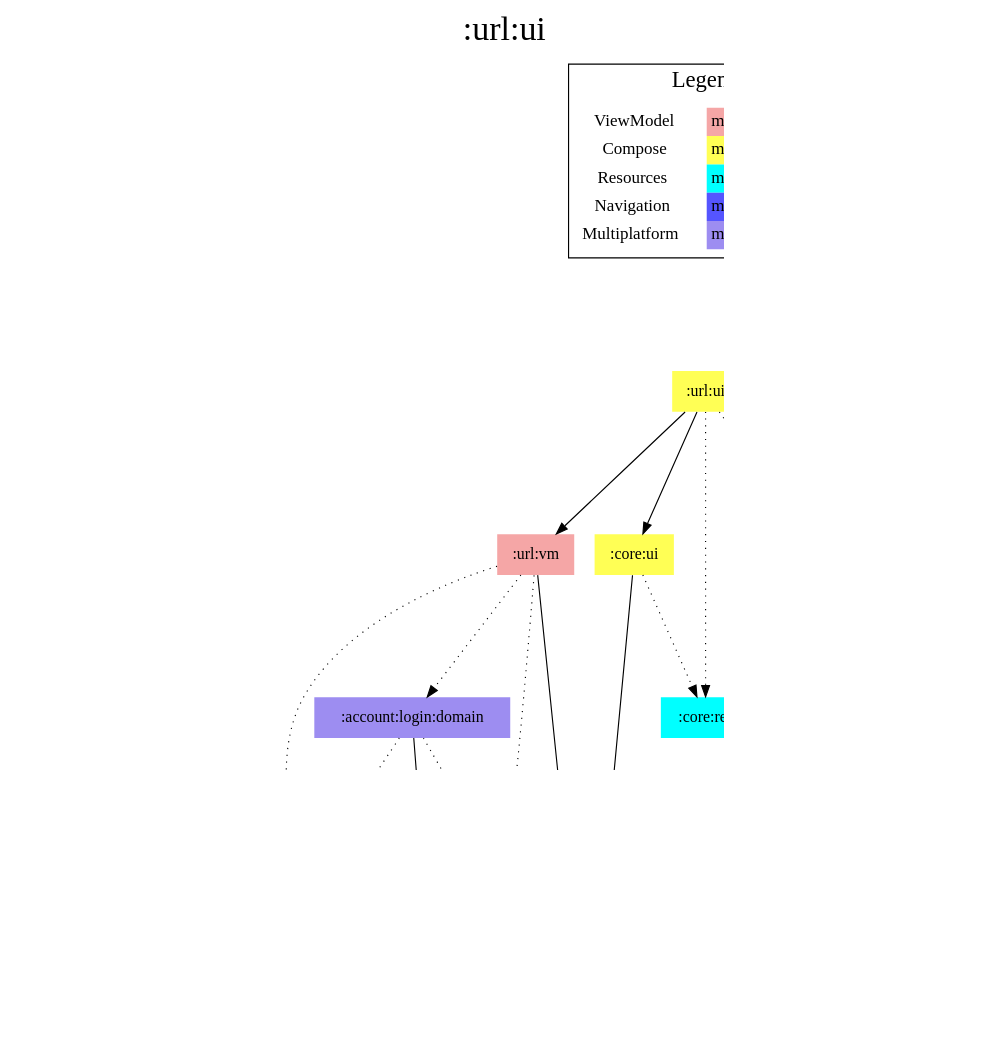
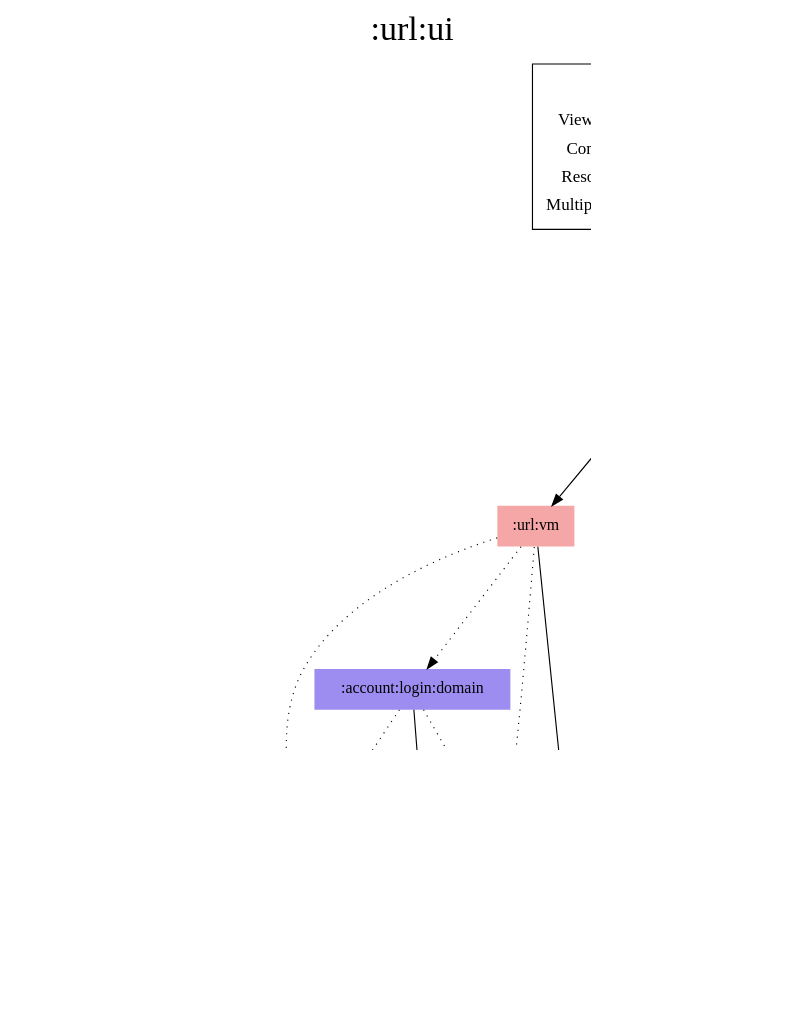
One commit to jonapoul/aktual changed the diagram in modules/url/ui/modules.dot. Above: the diagram before and after it, drawn with Graphviz. The commit also changed 66 other files, not shown here.

```diff
--- a/modules/url/ui/modules.dot
+++ b/modules/url/ui/modules.dot
@@ -1,55 +1,52 @@
 digraph {
 edge ["dir"="forward"]
 graph ["dpi"="100","label"=":url:ui","labelloc"="t","fontsize"="30","ranksep"="1.5","rankdir"="TB"]
 node ["style"="filled"]
 ":account:login:domain" ["fillcolor"="#9D8DF1","shape"="none"]
-":account:login:nav" ["fillcolor"="#5555FF","shape"="none"]
 ":account:model" ["fillcolor"="#9D8DF1","shape"="none"]
 ":api:actual" ["fillcolor"="#9D8DF1","shape"="none"]
 ":budget:model" ["fillcolor"="#9D8DF1","shape"="none"]
 ":codegen:annotation" ["fillcolor"="#9D8DF1","shape"="none"]
 ":core:model" ["fillcolor"="#9D8DF1","shape"="none"]
 ":core:res" ["fillcolor"="#00FFFF","shape"="none"]
 ":core:ui" ["fillcolor"="#FFFF55","shape"="none"]
 ":prefs" ["fillcolor"="#9D8DF1","shape"="none"]
 ":url:res" ["fillcolor"="#00FFFF","shape"="none"]
 ":url:ui" ["fillcolor"="#FFFF55","shape"="none"]
 ":url:vm" ["fillcolor"="#F5A6A6","shape"="none"]
 {
 edge ["dir"="none"]
 graph ["rank"="same"]
 }
 ":account:login:domain" -> ":account:model"
 ":account:login:domain" -> ":api:actual" ["style"="dotted"]
 ":account:login:domain" -> ":prefs" ["style"="dotted"]
 ":api:actual" -> ":account:model"
 ":api:actual" -> ":budget:model"
 ":api:actual" -> ":codegen:annotation" ["style"="dotted"]
 ":api:actual" -> ":core:model"
 ":core:ui" -> ":core:model"
 ":core:ui" -> ":core:res" ["style"="dotted"]
 ":prefs" -> ":account:model"
 ":prefs" -> ":core:model"
-":url:ui" -> ":account:login:nav" ["style"="dotted"]
 ":url:ui" -> ":core:res" ["style"="dotted"]
 ":url:ui" -> ":core:ui"
 ":url:ui" -> ":url:res" ["style"="dotted"]
 ":url:ui" -> ":url:vm"
 ":url:vm" -> ":account:login:domain" ["style"="dotted"]
 ":url:vm" -> ":api:actual" ["style"="dotted"]
 ":url:vm" -> ":core:model"
 ":url:vm" -> ":prefs" ["style"="dotted"]
 subgraph "cluster_legend" {
 edge ["dir"="none"]
 graph ["label"="Legend","fontsize"="20"]
 "Legend" ["style"="filled","fillcolor"="#FFFFFF","shape"="none","margin"="0","fontsize"="15","label"=<
 <TABLE BORDER="0" CELLBORDER="0" CELLSPACING="0" CELLPADDING="4">
 <TR><TD>ViewModel</TD><TD BGCOLOR="#F5A6A6">module-name</TD></TR>
 <TR><TD>Compose</TD><TD BGCOLOR="#FFFF55">module-name</TD></TR>
 <TR><TD>Resources</TD><TD BGCOLOR="#00FFFF">module-name</TD></TR>
-<TR><TD>Navigation</TD><TD BGCOLOR="#5555FF">module-name</TD></TR>
 <TR><TD>Multiplatform</TD><TD BGCOLOR="#9D8DF1">module-name</TD></TR>
 </TABLE>
 >]
 } -> ":url:ui" ["style"="invis"]
 }
```
